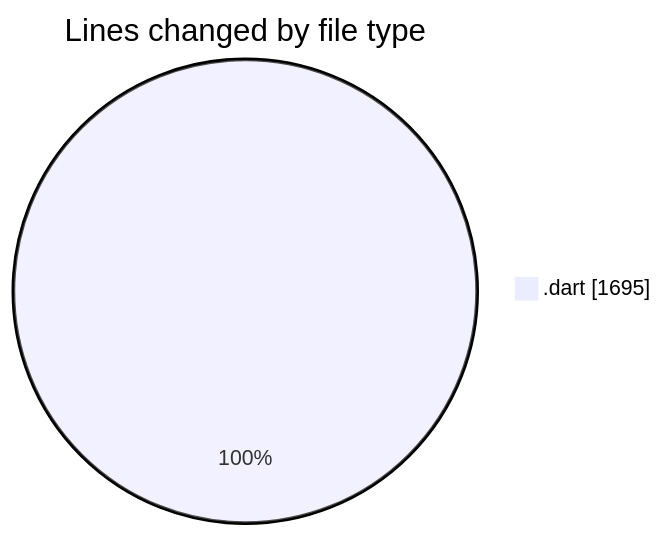
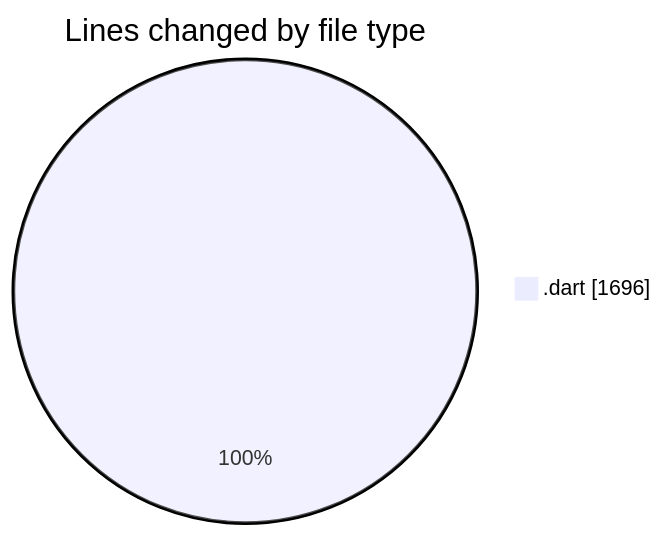
One commit to donsfak/code-tracking changed the first of 2 diagrams in 2025-04-10/trackers_app/README.md. Above: the diagram before and after it, drawn with Mermaid. The commit also changed other lines of this file and 1 other file, not shown here.

````diff
--- a/2025-04-10/trackers_app/README.md
+++ b/2025-04-10/trackers_app/README.md
@@ -38,5 +38,5 @@
 ```mermaid
 pie showData
 title Lines changed by file type
-".dart" : 1695
+".dart" : 1696
 ```
````
